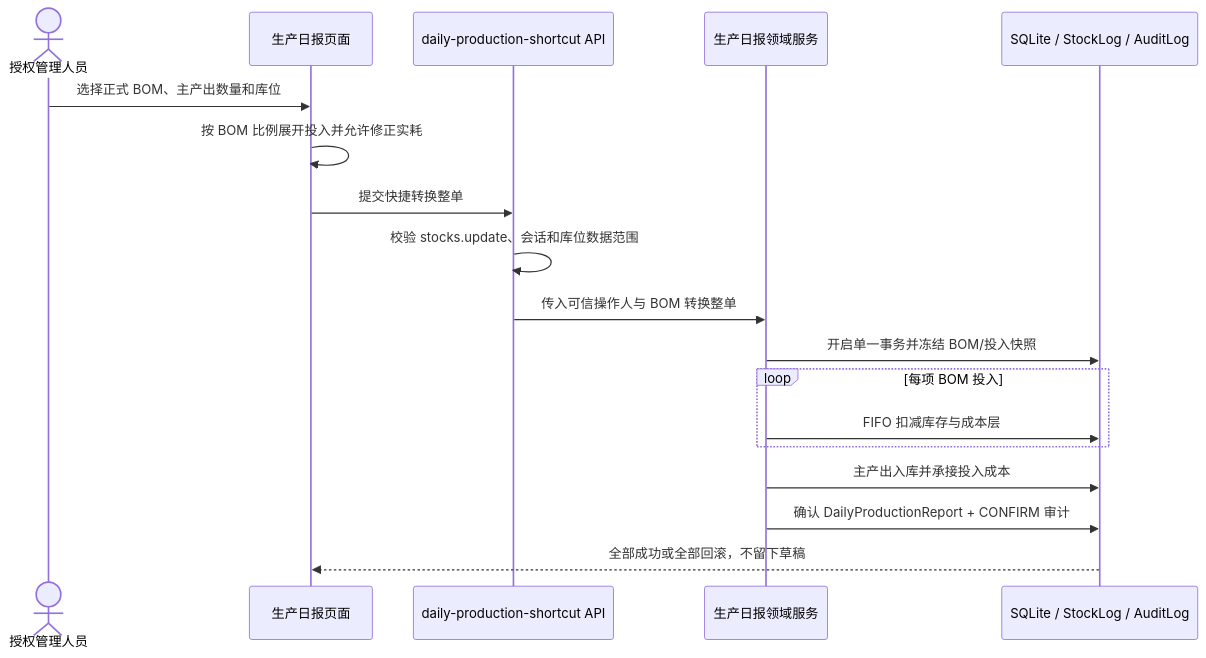
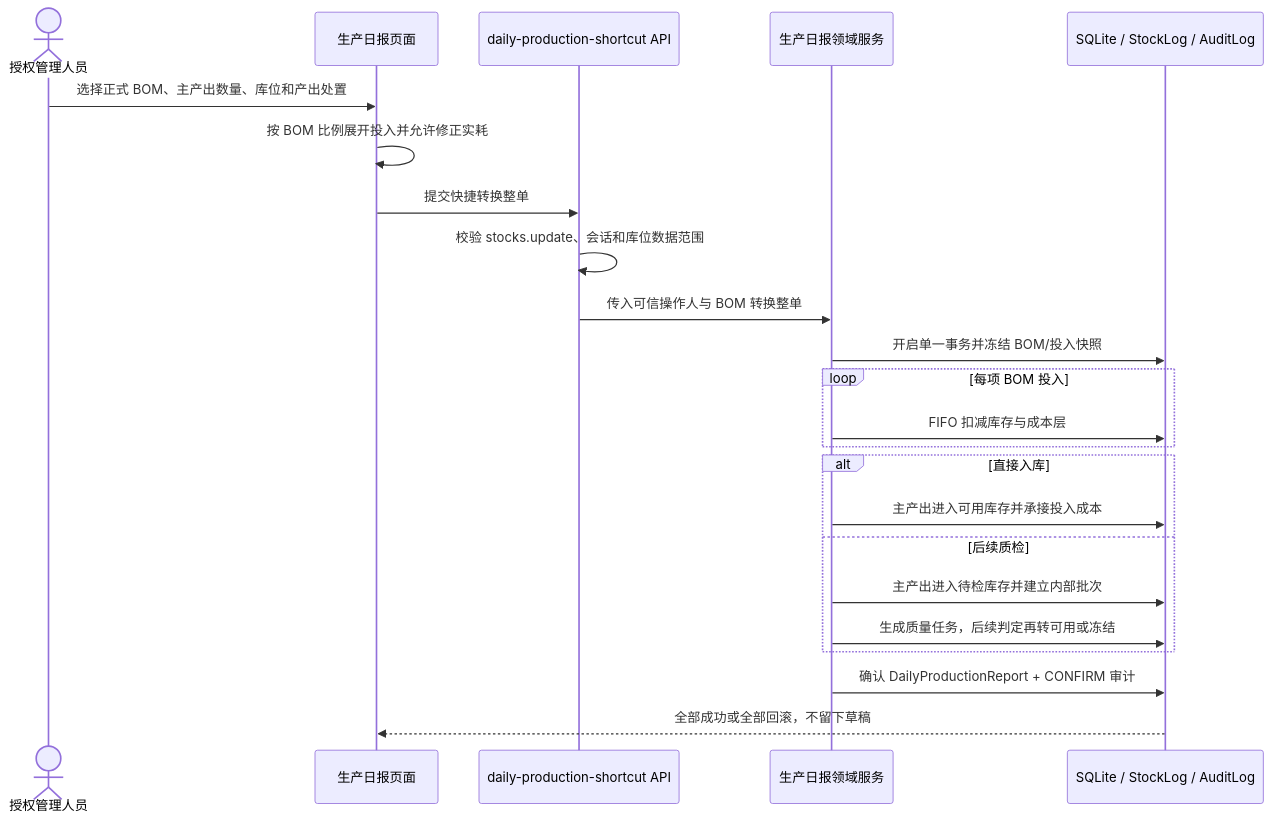
One commit to goldf2/mes-lite changed diagram 28 of 30 in docs/architecture/系统时序图.md. Above: the diagram before and after it, drawn with Mermaid. The commit also changed other lines of this file and 22 other files, not shown here.

````diff
--- a/docs/architecture/系统时序图.md
+++ b/docs/architecture/系统时序图.md
@@ -874,21 +874,26 @@
 ```mermaid
 sequenceDiagram
   actor M as 授权管理人员
   participant UI as 生产日报页面
   participant API as daily-production-shortcut API
   participant PROD as 生产日报领域服务
   participant DB as SQLite / StockLog / AuditLog
 
-  M->>UI: 选择正式 BOM、主产出数量和库位
+  M->>UI: 选择正式 BOM、主产出数量、库位和产出处置
   UI->>UI: 按 BOM 比例展开投入并允许修正实耗
   UI->>API: 提交快捷转换整单
   API->>API: 校验 stocks.update、会话和库位数据范围
   API->>PROD: 传入可信操作人与 BOM 转换整单
   PROD->>DB: 开启单一事务并冻结 BOM/投入快照
   loop 每项 BOM 投入
     PROD->>DB: FIFO 扣减库存与成本层
   end
-  PROD->>DB: 主产出入库并承接投入成本
+  alt 直接入库
+    PROD->>DB: 主产出进入可用库存并承接投入成本
+  else 后续质检
+    PROD->>DB: 主产出进入待检库存并建立内部批次
+    PROD->>DB: 生成质量任务，后续判定再转可用或冻结
+  end
   PROD->>DB: 确认 DailyProductionReport + CONFIRM 审计
   DB-->>UI: 全部成功或全部回滚，不留下草稿
 ```
````
